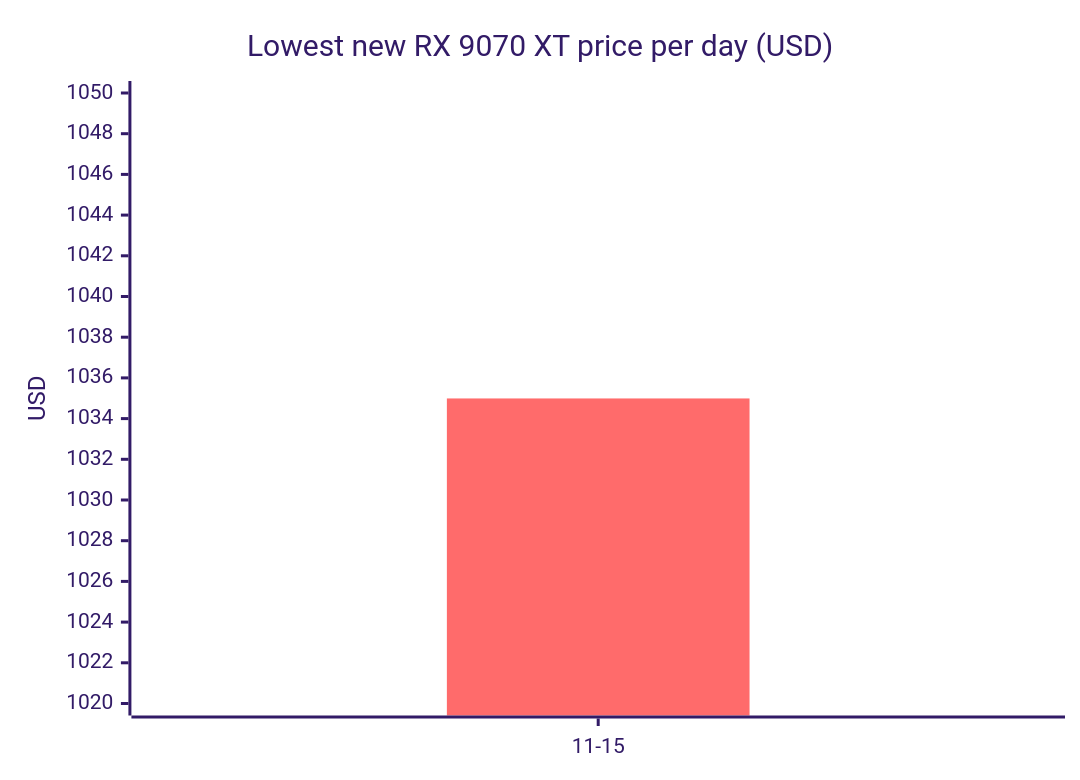
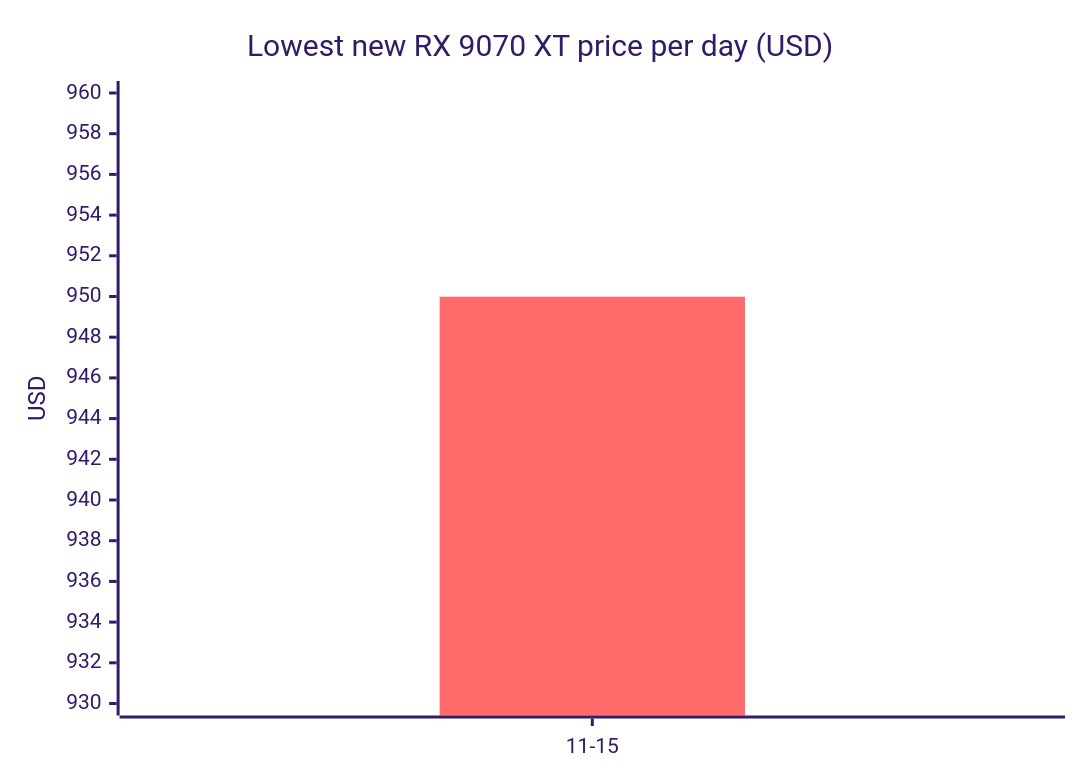
Before and after one commit to 7324136828/4tb_ssd_price_watch: the sixth of 8 diagrams in README.md, drawn with Mermaid (forest theme). The commit also changed other lines of this file and 6 other files, not shown here.

````diff
--- a/README.md
+++ b/README.md
@@ -299,8 +315,8 @@
 ```mermaid
 xychart-beta
     title "Lowest new RX 9070 XT price per day (USD)"
     x-axis ["11-15"]
-    y-axis "USD" 1020 --> 1050
-    line [1034.99]
-    bar [1034.99]
+    y-axis "USD" 930 --> 960
+    line [949.99]
+    bar [949.99]
 ```
````
